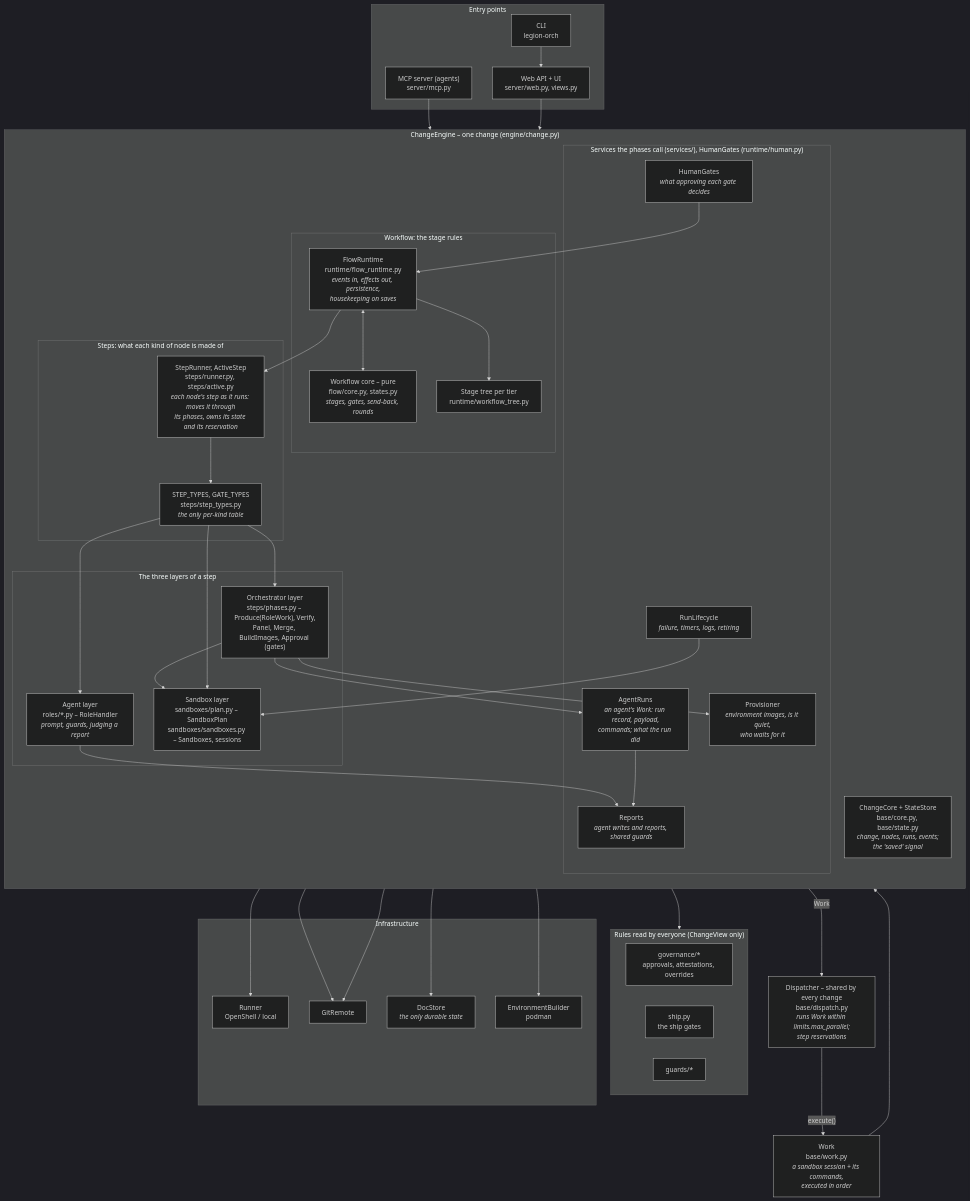
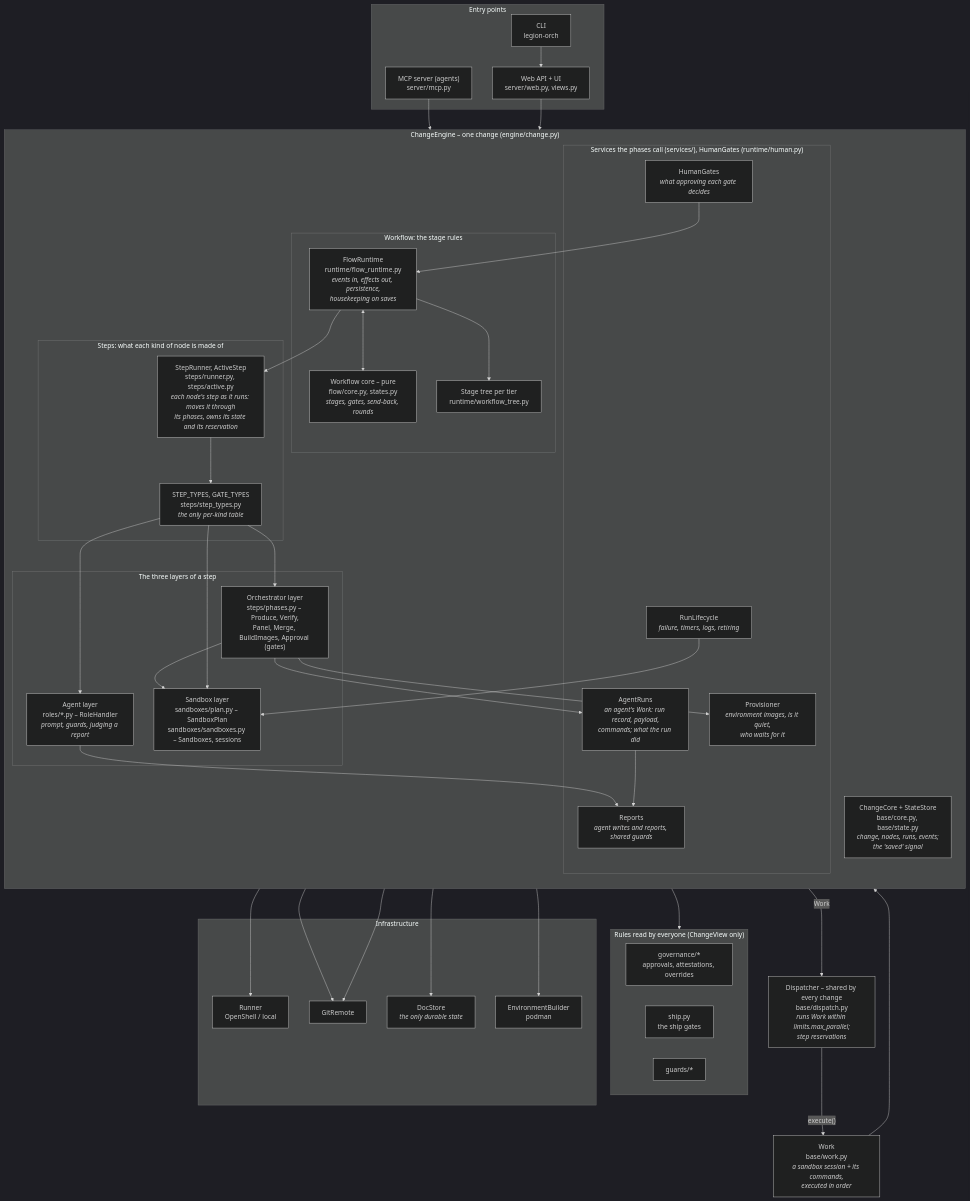
The first of 6 diagrams in docs/architecture.md (mr-miles/orchestrator), drawn with Mermaid (dark theme) before and after one commit. The commit also changed other lines of this file and 2 other files, not shown here.

First line of the commit message:
An agent's work is a function phases call, not a RoleWork

````diff
--- a/docs/architecture.md
+++ b/docs/architecture.md
@@ -13,72 +13,72 @@
 ```mermaid
 flowchart TB
     subgraph entry["Entry points"]
         web["Web API + UI<br/>server/web.py, views.py"]
         mcp["MCP server (agents)<br/>server/mcp.py"]
         cli["CLI<br/>legion-orch"]
     end
 
     subgraph engine["ChangeEngine – one change (engine/change.py)"]
         direction TB
         subgraph wf["Workflow: the stage rules"]
             core["Workflow core – pure<br/>flow/core.py, states.py<br/><i>stages, gates, send-back, rounds</i>"]
             tree["Stage tree per tier<br/>runtime/workflow_tree.py"]
             rt["FlowRuntime<br/>runtime/flow_runtime.py<br/><i>events in, effects out, persistence,<br/>housekeeping on saves</i>"]
         end
         subgraph steps["Steps: what each kind of node is made of"]
             runner["StepRunner, ActiveStep<br/>steps/runner.py, steps/active.py<br/><i>each node's step as it runs: moves it through<br/>its phases, owns its state and its reservation</i>"]
             types["STEP_TYPES, GATE_TYPES<br/>steps/step_types.py<br/><i>the only per-kind table</i>"]
         end
         subgraph layers["The three layers of a step"]
             agent["Agent layer<br/>roles/*.py – RoleHandler<br/><i>prompt, guards, judging a report</i>"]
-            phases["Orchestrator layer<br/>steps/phases.py – Produce(RoleWork), Verify,<br/>Panel, Merge, BuildImages, Approval (gates)"]
+            phases["Orchestrator layer<br/>steps/phases.py – Produce, Verify,<br/>Panel, Merge, BuildImages, Approval (gates)"]
             sbx["Sandbox layer<br/>sandboxes/plan.py – SandboxPlan<br/>sandboxes/sandboxes.py – Sandboxes, sessions"]
         end
         subgraph svc["Services the phases call (services/), HumanGates (runtime/human.py)"]
             agents["AgentRuns<br/><i>an agent's Work: run record, payload,<br/>commands; what the run did</i>"]
             reports["Reports<br/><i>agent writes and reports, shared guards</i>"]
             prov["Provisioner<br/><i>environment images, is it quiet,<br/>who waits for it</i>"]
             life["RunLifecycle<br/><i>failure, timers, logs, retiring</i>"]
             gates["HumanGates<br/><i>what approving each gate decides</i>"]
         end
         state["ChangeCore + StateStore<br/>base/core.py, base/state.py<br/><i>change, nodes, runs, events;<br/>the 'saved' signal</i>"]
     end
 
     disp["Dispatcher – shared by every change<br/>base/dispatch.py<br/><i>runs Work within limits.max_parallel;<br/>step reservations</i>"]
     work["Work<br/>base/work.py<br/><i>a sandbox session + its commands,<br/>executed in order</i>"]
 
     subgraph gov["Rules read by everyone (ChangeView only)"]
         governance["governance/*<br/>approvals, attestations, overrides"]
         ship["ship.py<br/>the ship gates"]
         guards["guards/*"]
     end
 
     subgraph infra["Infrastructure"]
         runnerx["Runner<br/>OpenShell / local"]
         git["GitRemote"]
         store["DocStore<br/><i>the only durable state</i>"]
         builder["EnvironmentBuilder<br/>podman"]
     end
 
     web --> engine
     cli --> web
     mcp --> reports
     rt <--> core
     rt --> tree
     rt --> runner
     gates --> rt
     runner --> types
     types --> agent & phases & sbx
     phases --> agents & prov & sbx
     phases -- "Work" --> disp
     disp -- "execute()" --> work
     work --> sbx
     agents --> reports
     agent --> reports
     life --> sbx
     engine --> gov
     sbx --> runnerx
     phases & gates --> git
     state --> store
     prov --> builder
 ```
````
